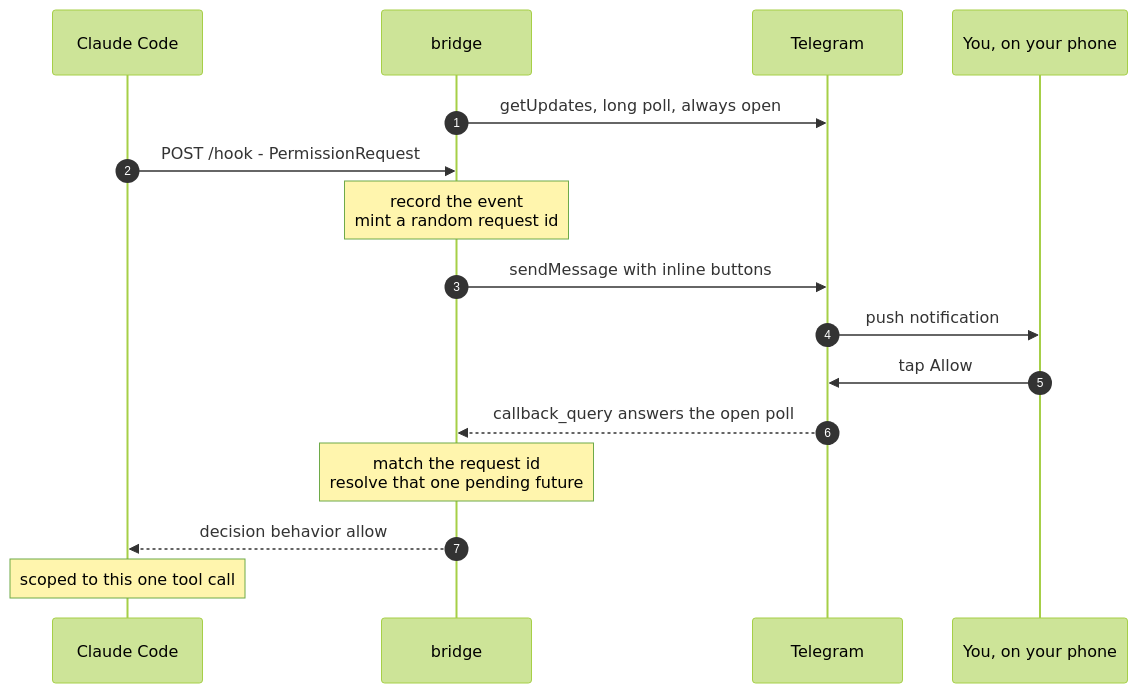
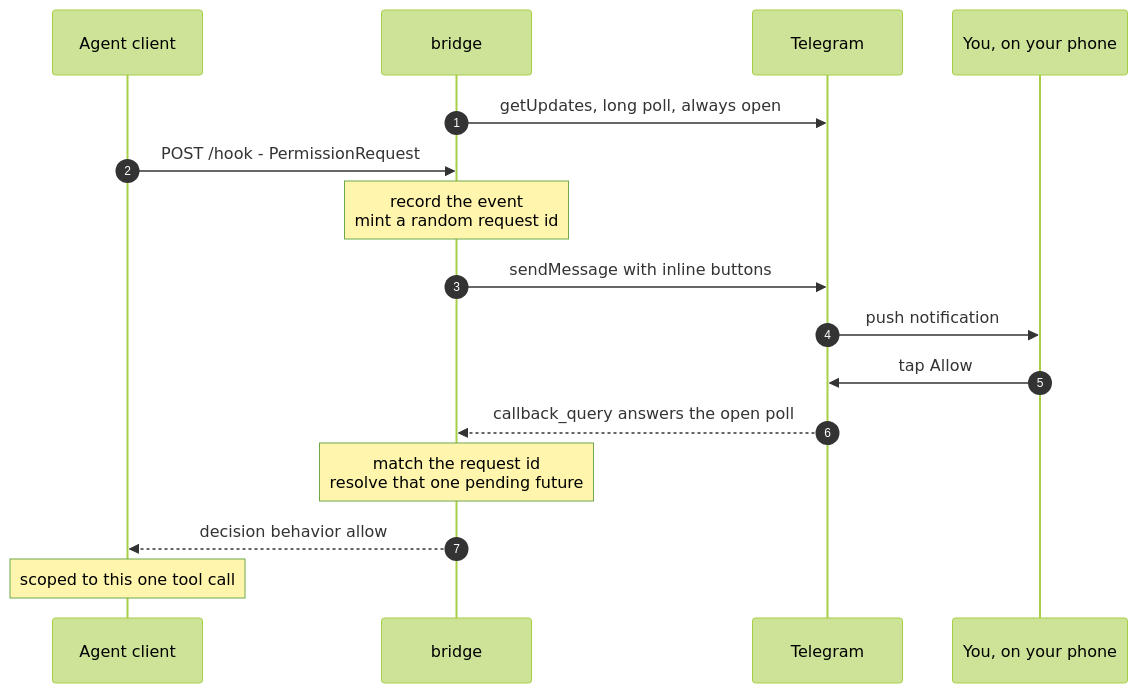
Before and after one commit to spazyCZ/bridge-for-agents: the second of 3 diagrams in SECURITY-MODEL.md, drawn with Mermaid (forest theme). The commit also changed other lines of this file and 27 other files, not shown here.

````diff
--- a/SECURITY-MODEL.md
+++ b/SECURITY-MODEL.md
@@ -103,19 +103,19 @@
 ```mermaid
 sequenceDiagram
     autonumber
-    participant CC as Claude Code
+    participant CC as Agent client
     participant BR as bridge
     participant TG as Telegram
     participant YOU as You, on your phone
 
     BR->>TG: getUpdates, long poll, always open
     CC->>BR: POST /hook - PermissionRequest
     Note over BR: record the event<br/>mint a random request id
     BR->>TG: sendMessage with inline buttons
     TG->>YOU: push notification
     YOU->>TG: tap Allow
     TG-->>BR: callback_query answers the open poll
     Note over BR: match the request id<br/>resolve that one pending future
     BR-->>CC: decision behavior allow
     Note over CC: scoped to this one tool call
 ```
````
